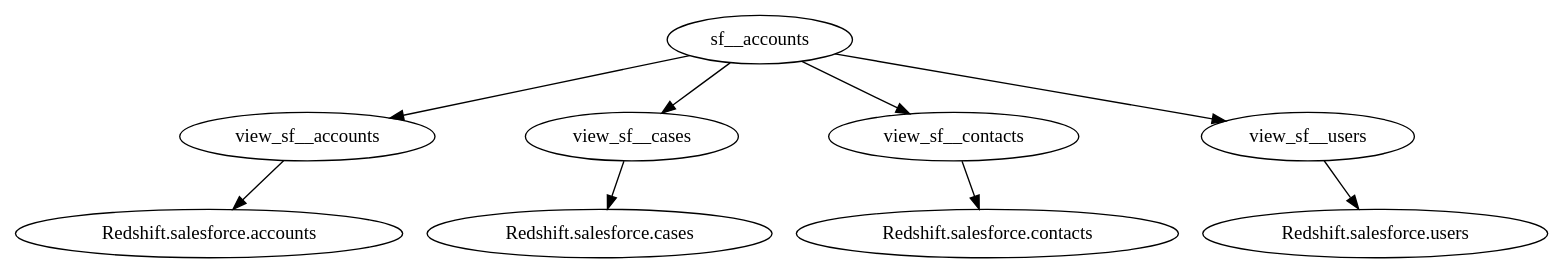
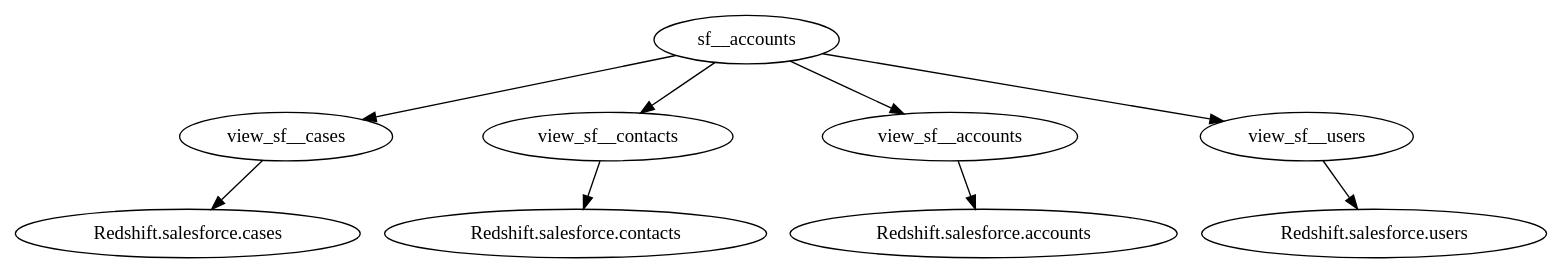
The diagram in test_folder/graphs/sf__accounts.gv (vickyjkwan/gazetteer), drawn with Graphviz before and after one commit. The commit also changed other lines of this file and 16 other files, not shown here.

```diff
--- a/test_folder/graphs/sf__accounts.gv
+++ b/test_folder/graphs/sf__accounts.gv
@@ -1,19 +1,19 @@
 digraph sf__accounts {
 	sf__accounts [label=sf__accounts]
-	view_sf__accounts [label=view_sf__accounts]
-	sf__accounts -> view_sf__accounts
-	"Redshift.salesforce.accounts" [label="Redshift.salesforce.accounts"]
-	view_sf__accounts -> "Redshift.salesforce.accounts"
 	view_sf__cases [label=view_sf__cases]
 	sf__accounts -> view_sf__cases
 	"Redshift.salesforce.cases" [label="Redshift.salesforce.cases"]
 	view_sf__cases -> "Redshift.salesforce.cases"
 	view_sf__contacts [label=view_sf__contacts]
 	sf__accounts -> view_sf__contacts
 	"Redshift.salesforce.contacts" [label="Redshift.salesforce.contacts"]
 	view_sf__contacts -> "Redshift.salesforce.contacts"
+	view_sf__accounts [label=view_sf__accounts]
+	sf__accounts -> view_sf__accounts
+	"Redshift.salesforce.accounts" [label="Redshift.salesforce.accounts"]
+	view_sf__accounts -> "Redshift.salesforce.accounts"
 	view_sf__users [label=view_sf__users]
 	sf__accounts -> view_sf__users
 	"Redshift.salesforce.users" [label="Redshift.salesforce.users"]
 	view_sf__users -> "Redshift.salesforce.users"
 }
```
